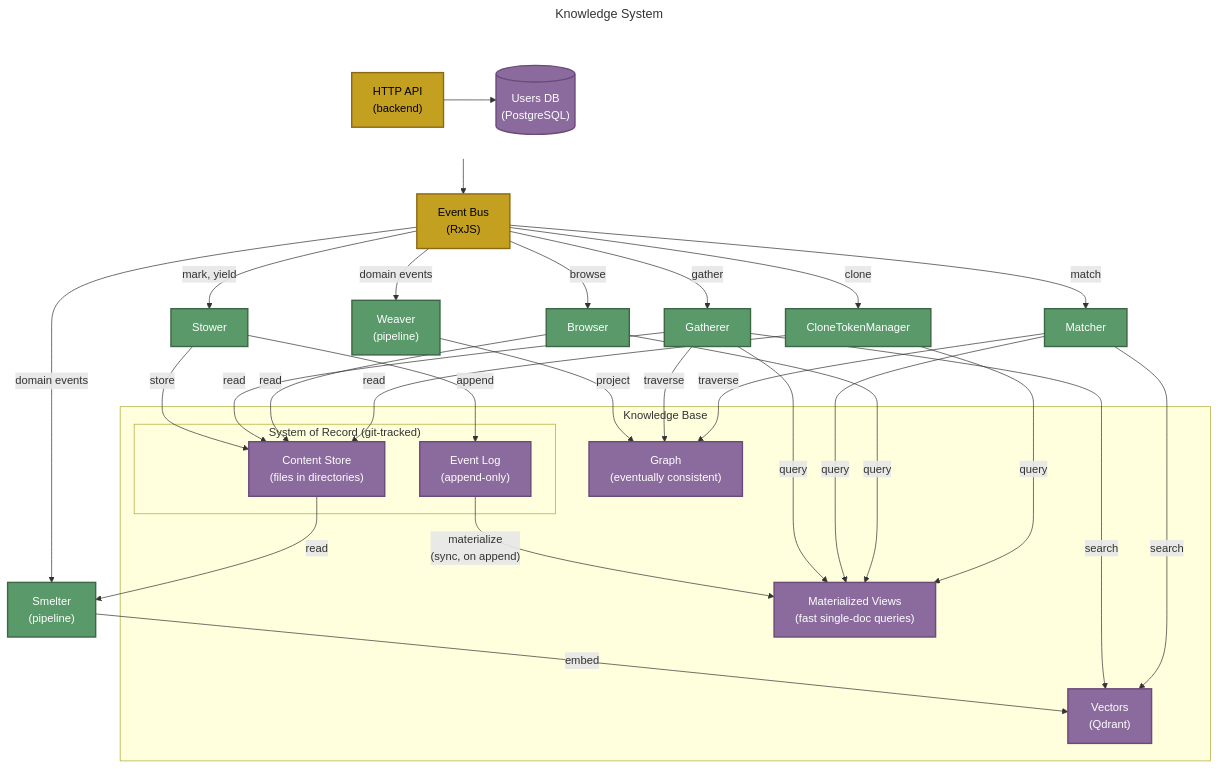
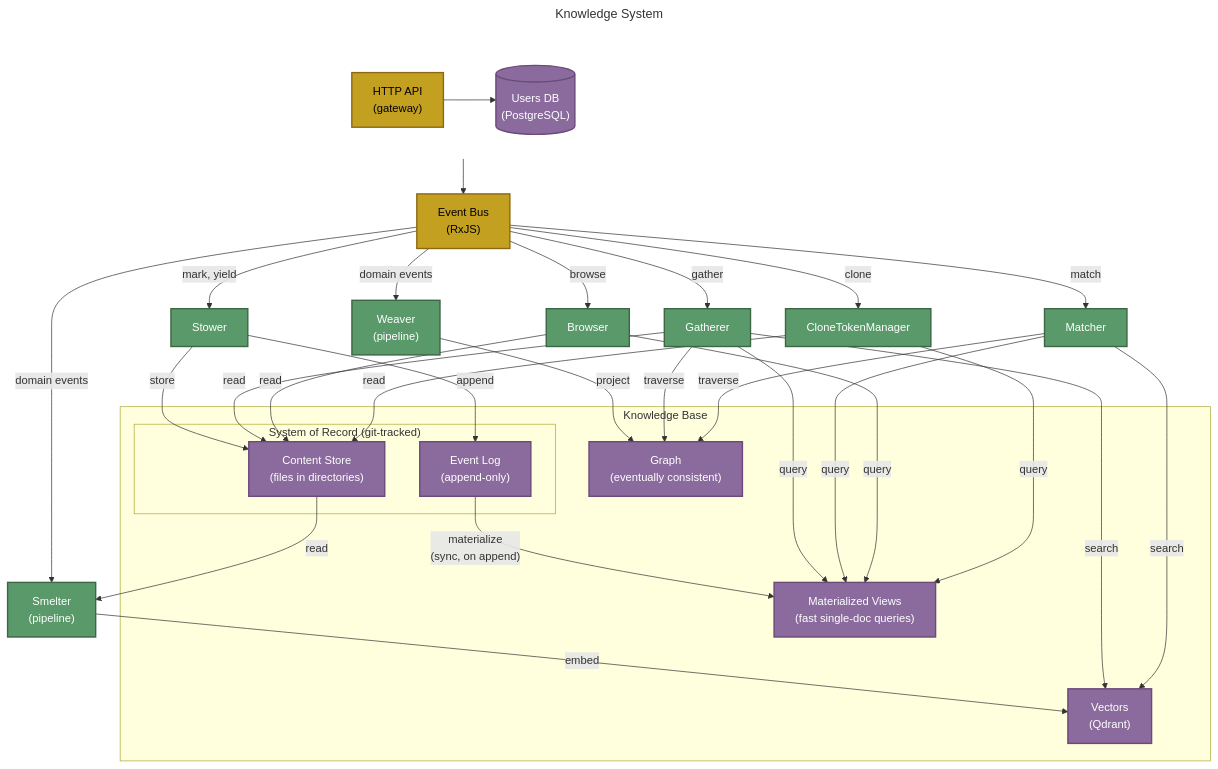
The diagram in docs/system/KNOWLEDGE-SYSTEM.md (The-AI-Alliance/semiont), drawn with Mermaid before and after one commit. The commit also changed other lines of this file and 529 other files, not shown here.

First line of the commit message:
backend → gateway: rename every surface, with one compat alias for the fleet's config key (#1257)

````diff
--- a/docs/system/KNOWLEDGE-SYSTEM.md
+++ b/docs/system/KNOWLEDGE-SYSTEM.md
@@ -25,67 +25,67 @@
 ```mermaid
 ---
 title: Knowledge System
 ---
 graph TB
     subgraph top [" "]
         direction LR
-        API["HTTP API<br/>(backend)"]
+        API["HTTP API<br/>(gateway)"]
         DB[("Users DB<br/>(PostgreSQL)")]
     end
     BE["Event Bus<br/>(RxJS)"]
 
     API --> BE
     API --> DB
 
     BE -->|"mark, yield"| STOWER["Stower"]
     BE -->|"gather"| GATHERER["Gatherer"]
     BE -->|"match"| MATCHER["Matcher"]
     BE -->|"browse"| BROWSER["Browser"]
     BE -->|"clone"| CTM["CloneTokenManager"]
     BE -->|"domain events"| WEAVER["Weaver<br/>(pipeline)"]
     BE -->|"domain events"| SMELTER["Smelter<br/>(pipeline)"]
 
     STOWER -->|append| EVENTLOG
     STOWER -->|store| CONTENT
 
     WEAVER -->|project| GRAPH
     SMELTER -->|embed| VECTORS
     CONTENT -->|read| SMELTER
 
     subgraph kb ["Knowledge Base"]
         subgraph sor ["System of Record (git-tracked)"]
             EVENTLOG["Event Log<br/>(append-only)"]
             CONTENT["Content Store<br/>(files in directories)"]
         end
         VIEWS["Materialized Views<br/>(fast single-doc queries)"]
         GRAPH["Graph<br/>(eventually consistent)"]
         VECTORS["Vectors<br/>(Qdrant)"]
 
         EVENTLOG -->|"materialize<br/>(sync, on append)"| VIEWS
     end
 
     GATHERER -->|query| VIEWS
     GATHERER -->|read| CONTENT
     GATHERER -->|traverse| GRAPH
     GATHERER -->|search| VECTORS
 
     MATCHER -->|query| VIEWS
     MATCHER -->|traverse| GRAPH
     MATCHER -->|search| VECTORS
 
     BROWSER -->|query| VIEWS
     BROWSER -->|read| CONTENT
 
     CTM -->|query| VIEWS
     CTM -->|read| CONTENT
 
-    classDef backend fill:#c4a020,stroke:#8b6914,stroke-width:2px,color:#000
+    classDef gateway fill:#c4a020,stroke:#8b6914,stroke-width:2px,color:#000
     classDef store fill:#8b6b9d,stroke:#6b4a7a,stroke-width:2px,color:#fff
     classDef worker fill:#5a9a6a,stroke:#3d6644,stroke-width:2px,color:#fff
 
-    class API,BE backend
+    class API,BE gateway
     class DB,EVENTLOG,VIEWS,CONTENT,GRAPH,VECTORS store
     class STOWER,GATHERER,MATCHER,BROWSER,CTM,WEAVER,SMELTER worker
 
     style top fill:none,stroke:none
 ```
````
